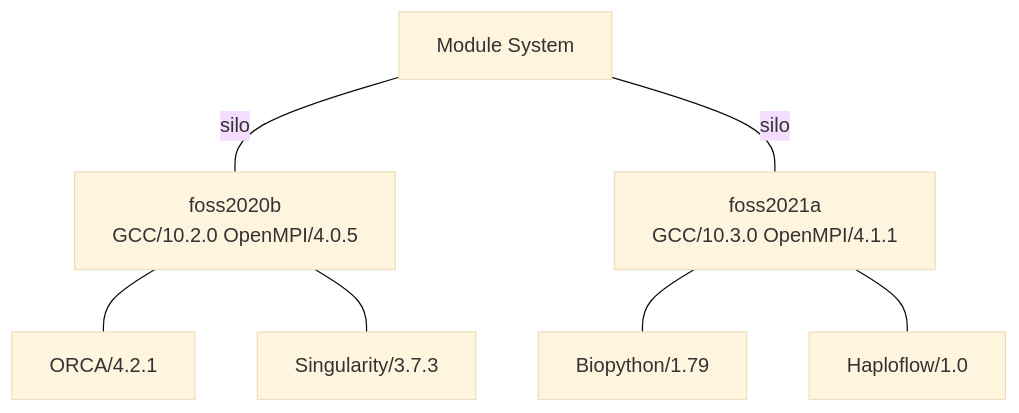
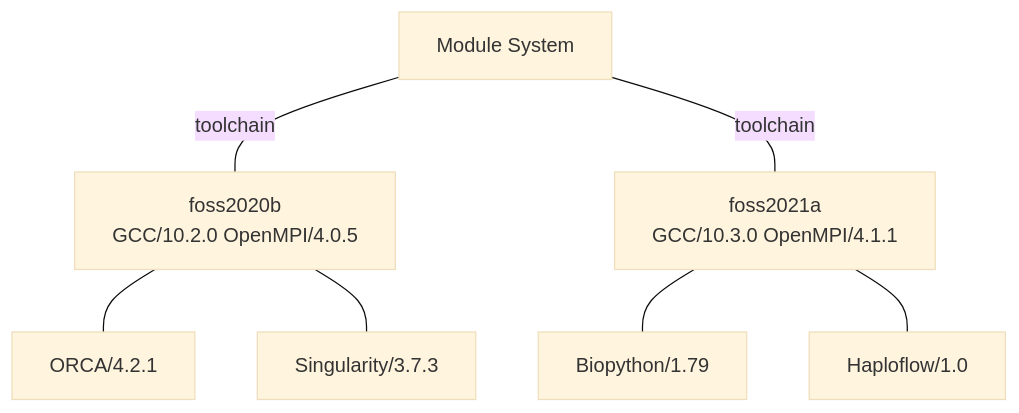
One commit to vuw-research-computing/raapoi-docs changed the diagram in docs/new_mod.md. Above: the diagram before and after it, drawn with Mermaid (base theme). The commit also changed other lines of this file, not shown here.

Commit message:
Added to the new module system docs

````diff
--- a/docs/new_mod.md
+++ b/docs/new_mod.md
@@ -10,9 +12,9 @@
 ```mermaid
 graph TD;
-    LMOD["Module System"] --silo --- foss2020b["foss2020b <br> GCC/10.2.0 OpenMPI/4.0.5"]
-    LMOD --silo --- foss2021a["foss2021a <br> GCC/10.3.0 OpenMPI/4.1.1"]
+    LMOD["Module System"] --toolchain --- foss2020b["foss2020b <br> GCC/10.2.0 OpenMPI/4.0.5"]
+    LMOD --toolchain --- foss2021a["foss2021a <br> GCC/10.3.0 OpenMPI/4.1.1"]
     foss2020b --- id3["ORCA/4.2.1"]
     foss2020b --- id4["Singularity/3.7.3"]
     foss2021a --- id5["Biopython/1.79"]
     foss2021a --- id6["Haploflow/1.0"]
 ```
````
